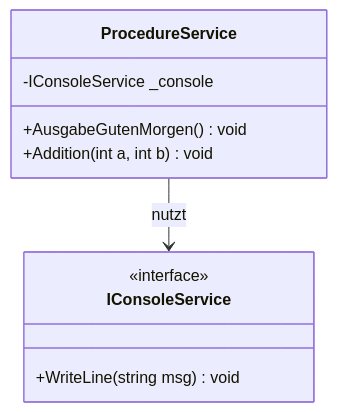
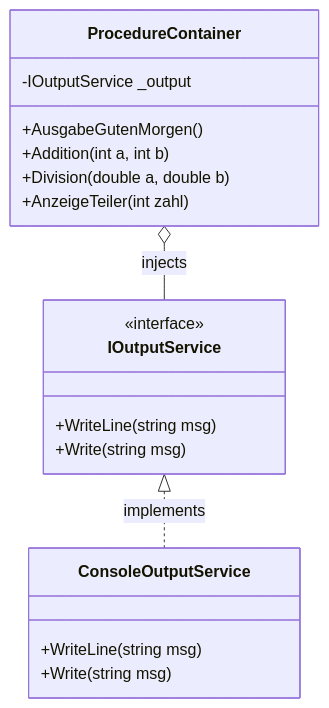
Before and after one commit to T-Boyke/C-Sharp-OOP-Fundamentals: the diagram in 08_Procedures/README.md, drawn with Mermaid. The commit also changed other lines of this file and 5 other files, not shown here.

Commit message:
feat: Implement chapter 08 "Procedures" with void methods, IOutputService for testability, unit tests, and comprehensive documentation.

````diff
--- a/08_Procedures/README.md
+++ b/08_Procedures/README.md
@@ -79,15 +34,24 @@
 ```mermaid
 classDiagram
-    class IConsoleService {
+    class IOutputService {
         <<interface>>
-        +WriteLine(string msg) void
+        +WriteLine(string msg)
+        +Write(string msg)
     }
 
-    class ProcedureService {
-        -IConsoleService _console
-        +AusgabeGutenMorgen() void
-        +Addition(int a, int b) void
+    class ConsoleOutputService {
+        +WriteLine(string msg)
+        +Write(string msg)
     }
 
-    ProcedureService --> IConsoleService : nutzt
+    class ProcedureContainer {
+        -IOutputService _output
+        +AusgabeGutenMorgen()
+        +Addition(int a, int b)
+        +Division(double a, double b)
+        +AnzeigeTeiler(int zahl)
+    }
+
+    IOutputService <|.. ConsoleOutputService : implements
+    ProcedureContainer o-- IOutputService : injects
 ```
````
